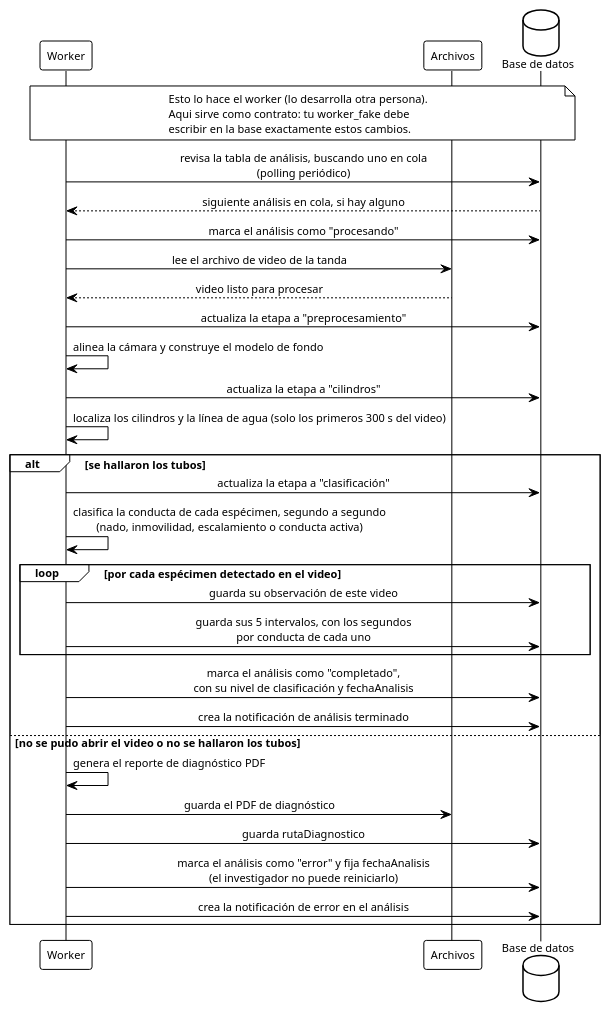
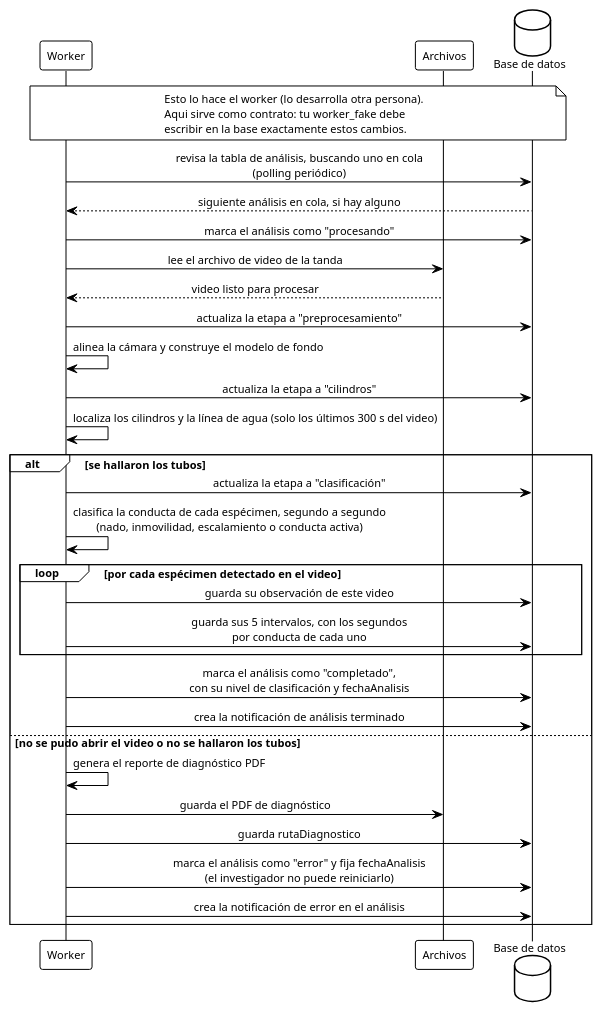
Diagram 31 of 38 in INSTRUCCIONES-WEB.md (ErickJester/fst-ai-system-latex), drawn with PlantUML before and after one commit. The commit also changed other lines of this file and 28 other files, not shown here.

````diff
--- a/INSTRUCCIONES-WEB.md
+++ b/INSTRUCCIONES-WEB.md
@@ -2161,51 +2154,51 @@
 ```plantuml
 @startuml seq_analisis_automatico
 !theme plain
 skinparam defaultFontName Arial
 skinparam defaultFontSize 11
 skinparam shadowing false
 skinparam sequenceMessageAlign center
 skinparam BoxPadding 10
 participant Worker as w
 participant "Archivos" as fs
 database "Base de datos" as db
 
 note over w, db
   Esto lo hace el worker (lo desarrolla otra persona).
   Aqui sirve como contrato: tu worker_fake debe
   escribir en la base exactamente estos cambios.
 end note
 
 w -> db: revisa la tabla de análisis, buscando uno en cola\n(polling periódico)
 db --> w: siguiente análisis en cola, si hay alguno
 w -> db: marca el análisis como "procesando"
 
 w -> fs: lee el archivo de video de la tanda
 fs --> w: video listo para procesar
 
 w -> db: actualiza la etapa a "preprocesamiento"
 w -> w: alinea la cámara y construye el modelo de fondo
 
 w -> db: actualiza la etapa a "cilindros"
-w -> w: localiza los cilindros y la línea de agua (solo los primeros 300 s del video)
+w -> w: localiza los cilindros y la línea de agua (solo los últimos 300 s del video)
 
 alt se hallaron los tubos
   w -> db: actualiza la etapa a "clasificación"
   w -> w: clasifica la conducta de cada espécimen, segundo a segundo\n(nado, inmovilidad, escalamiento o conducta activa)
 
   loop por cada espécimen detectado en el video
     w -> db: guarda su observación de este video
     w -> db: guarda sus 5 intervalos, con los segundos\npor conducta de cada uno
   end
 
   w -> db: marca el análisis como "completado",\ncon su nivel de clasificación y fechaAnalisis
   w -> db: crea la notificación de análisis terminado
 else no se pudo abrir el video o no se hallaron los tubos
   w -> w: genera el reporte de diagnóstico PDF
   w -> fs: guarda el PDF de diagnóstico
   w -> db: guarda rutaDiagnostico
   w -> db: marca el análisis como "error" y fija fechaAnalisis\n(el investigador no puede reiniciarlo)
   w -> db: crea la notificación de error en el análisis
 end
 @enduml
 ```
````
